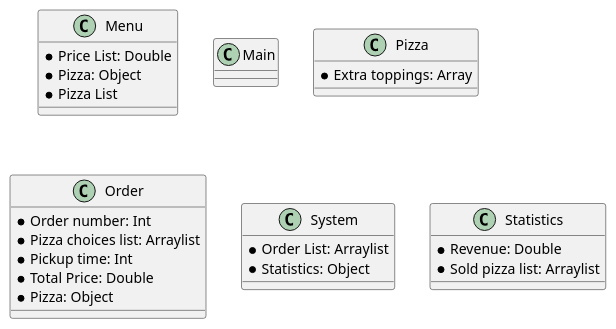
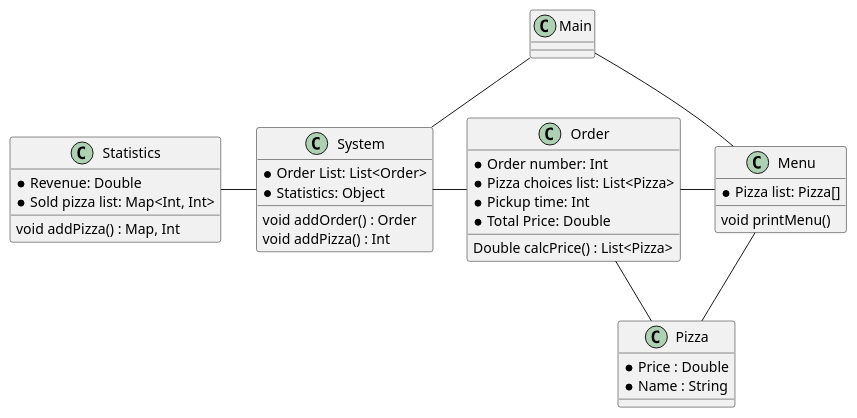
The diagram in .idea/UML/Class diagram.puml (Kvark96/SP3_Mario), drawn with PlantUML before and after one commit. The commit also changed 5 other files, not shown here.

Commit message:
Remainder of class diagram finished.

```diff
--- a/.idea/UML/Class diagram.puml
+++ b/.idea/UML/Class diagram.puml
@@ -1,32 +1,44 @@
 @startuml
 
 Class Menu{
-    *Price List: Double
-    *Pizza: Object
-    *Pizza List
+    *Pizza list: Pizza[]
+    void printMenu()
 }
 
- Class Main {
- }
+Class Main {
+}
 
 Class Pizza{
-*Extra toppings: Array
+    *Price : Double
+    *Name : String
 }
 
 Class Order{
     *Order number: Int
-    *Pizza choices list: Arraylist
+    *Pizza choices list: List<Pizza>
     *Pickup time: Int
     *Total Price: Double
-    *Pizza: Object
+    Double calcPrice() : List<Pizza>
 }
 
 Class System{
-    * Order List: Arraylist
+    * Order List: List<Order>
     * Statistics: Object
+    void addOrder() : Order
+    void addPizza() : Int
 }
 Class Statistics{
     * Revenue: Double
-    * Sold pizza list: Arraylist
+    * Sold pizza list: Map<Int, Int>
+    void addPizza() : Map, Int
 }
+
+Pizza -- Order
+Order -left- System
+System -left- Statistics
+Menu -- Pizza
+Menu -left- Order
+Main -- System
+Main -- Menu
+
 @enduml
```
